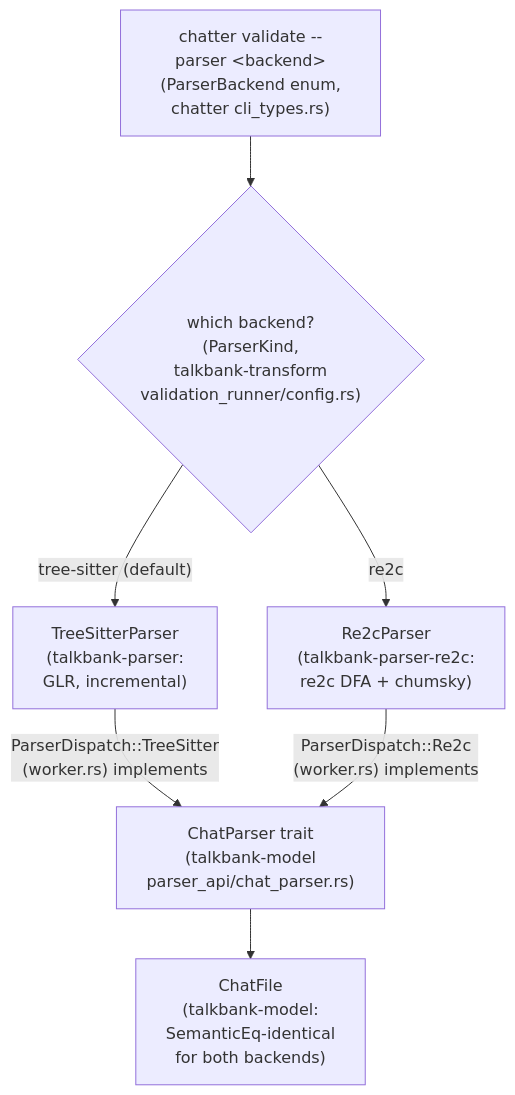
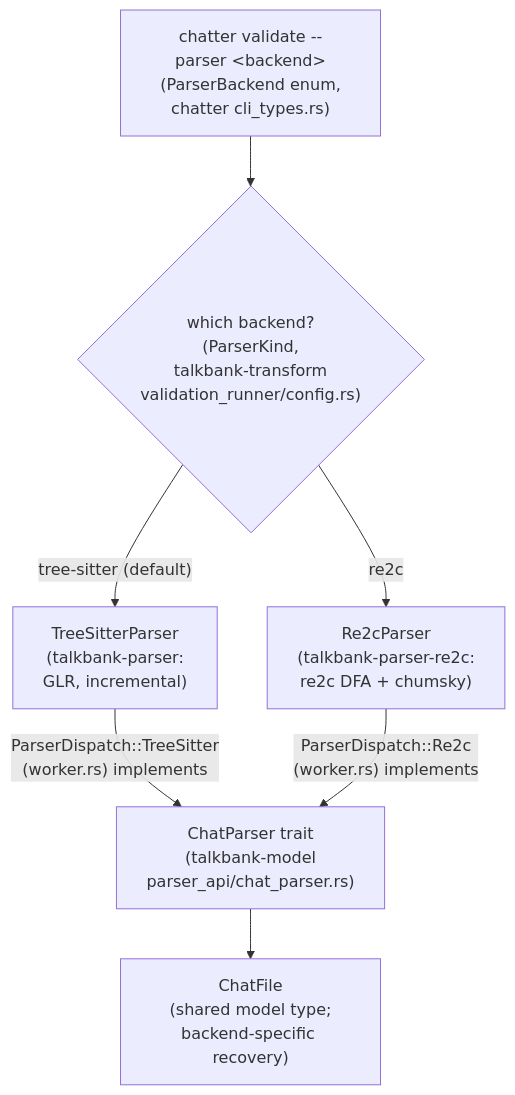
Before and after one commit to TalkBank/chatter: the first of 2 diagrams in book/src/architecture/parser-backends.md, drawn with Mermaid. The commit also changed other lines of this file and 821 other files, not shown here.

````diff
--- a/book/src/architecture/parser-backends.md
+++ b/book/src/architecture/parser-backends.md
@@ -13,16 +14,16 @@
 ```mermaid
 flowchart TD
     cli["chatter validate --parser &lt;backend&gt;\n(ParserBackend enum,\nchatter cli_types.rs)"]
     sel{"which backend?\n(ParserKind,\ntalkbank-transform\nvalidation_runner/config.rs)"}
     ts["TreeSitterParser\n(talkbank-parser:\nGLR, incremental)"]
     re2c["Re2cParser\n(talkbank-parser-re2c:\nre2c DFA + chumsky)"]
     trait["ChatParser trait\n(talkbank-model\nparser_api/chat_parser.rs)"]
-    model["ChatFile\n(talkbank-model:\nSemanticEq-identical\nfor both backends)"]
+    model["ChatFile\n(shared model type;\nbackend-specific recovery)"]
 
     cli --> sel
     sel -->|"tree-sitter (default)"| ts
     sel -->|"re2c"| re2c
     ts -->|"ParserDispatch::TreeSitter\n(worker.rs) implements"| trait
     re2c -->|"ParserDispatch::Re2c\n(worker.rs) implements"| trait
     trait --> model
 ```
````
